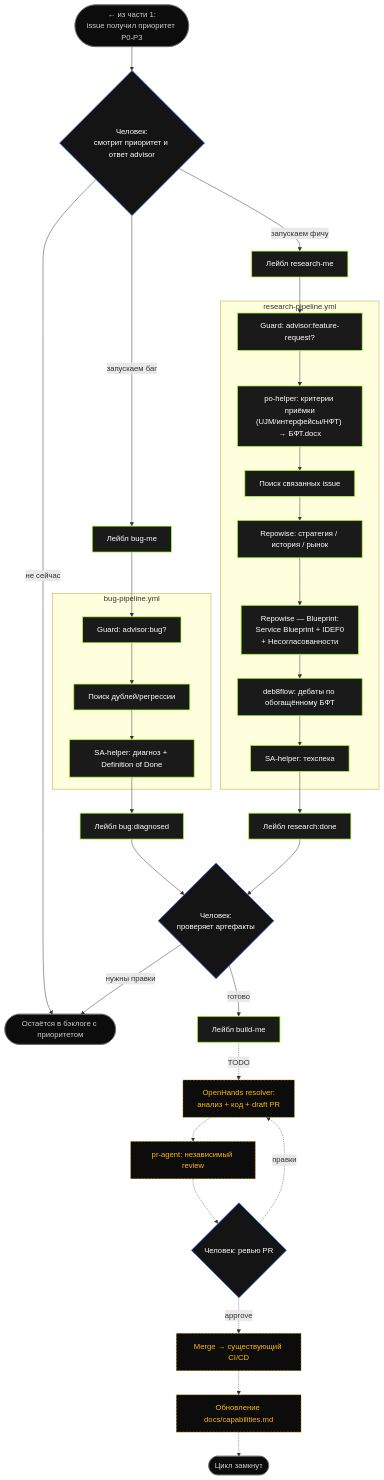
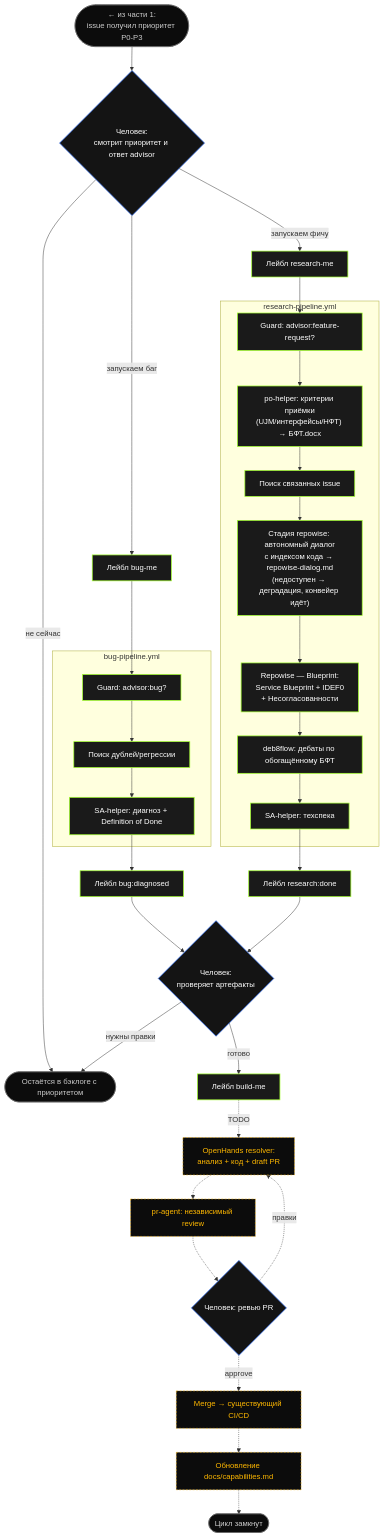
Before and after one commit to po-helper-org/poh-issue-agents: the diagram in docs/diagrams/issue-workflow-part2-pipelines.mermaid, drawn with Mermaid. The commit also changed 5 other files, not shown here.

```diff
--- a/docs/diagrams/issue-workflow-part2-pipelines.mermaid
+++ b/docs/diagrams/issue-workflow-part2-pipelines.mermaid
@@ -1,50 +1,50 @@
 flowchart TD
     FromPart1(["← из части 1:<br/>issue получил приоритет P0-P3"]) --> HumanDecide
 
     HumanDecide{"Человек:<br/>смотрит приоритет и ответ advisor"} -->|запускаем баг| BugMe["Лейбл bug-me"]
     HumanDecide -->|запускаем фичу| ResearchMe["Лейбл research-me"]
     HumanDecide -->|не сейчас| Backlog(["Остаётся в бэклоге с приоритетом"])
 
     subgraph BUGPIPE["bug-pipeline.yml"]
         BugGuard["Guard: advisor:bug?"] --> BugCtx["Поиск дублей/регрессии"]
         BugCtx --> BugSA["SA-helper: диагноз + Definition of Done"]
     end
 
     BugMe --> BugGuard
     BugSA --> BugDone["Лейбл bug:diagnosed"]
 
     subgraph RESEARCHPIPE["research-pipeline.yml"]
         FGuard["Guard: advisor:feature-request?"] --> PO["po-helper: критерии приёмки<br/>(UJM/интерфейсы/НФТ) → БФТ.docx"]
         PO --> RelIssues["Поиск связанных issue"]
-        RelIssues --> RepowiseCtx["Repowise: стратегия / история / рынок"]
+        RelIssues --> RepowiseCtx["Стадия repowise: автономный диалог<br/>с индексом кода → repowise-dialog.md<br/>(недоступен → деградация, конвейер идёт)"]
         RepowiseCtx --> Blueprint["Repowise — Blueprint:<br/>Service Blueprint + IDEF0<br/>+ Несогласованности"]
         Blueprint --> Debate["deb8flow: дебаты по обогащённому БФТ"]
         Debate --> SAHelper["SA-helper: техспека"]
     end
 
     ResearchMe --> FGuard
     SAHelper --> ResearchDone["Лейбл research:done"]
 
     BugDone --> BuildDecide{"Человек:<br/>проверяет артефакты"}
     ResearchDone --> BuildDecide
 
     BuildDecide -->|готово| BuildMe["Лейбл build-me"]
     BuildDecide -->|нужны правки| Backlog
 
     BuildMe -.->|TODO| Dev["OpenHands resolver:<br/>анализ + код + draft PR"]
     Dev -.-> PRAgent["pr-agent: независимый review"]
     PRAgent -.-> HumanReview{"Человек: ревью PR"}
     HumanReview -.->|правки| Dev
     HumanReview -.->|approve| Merge["Merge → существующий CI/CD"]
     Merge -.-> Cap["Обновление docs/capabilities.md"]
     Cap -.-> End3(["Цикл замкнут"])
 
     classDef done fill:#1A1A1A,stroke:#A3FF2E,color:#ffffff,stroke-width:1.5px
     classDef human fill:#141414,stroke:#2563EB,color:#ffffff,stroke-width:1.5px
     classDef todo fill:#0C0C0C,stroke:#FFB800,color:#FFB800,stroke-width:1px,stroke-dasharray: 4 3
     classDef terminal fill:#0C0C0C,stroke:#666666,color:#cccccc
 
     class BugMe,ResearchMe,BuildMe,BugGuard,BugCtx,BugSA,BugDone,FGuard,PO,RelIssues,RepowiseCtx,Blueprint,Debate,SAHelper,ResearchDone done
     class HumanDecide,BuildDecide,HumanReview human
     class Dev,PRAgent,Merge,Cap todo
     class FromPart1,End3,Backlog terminal
```
